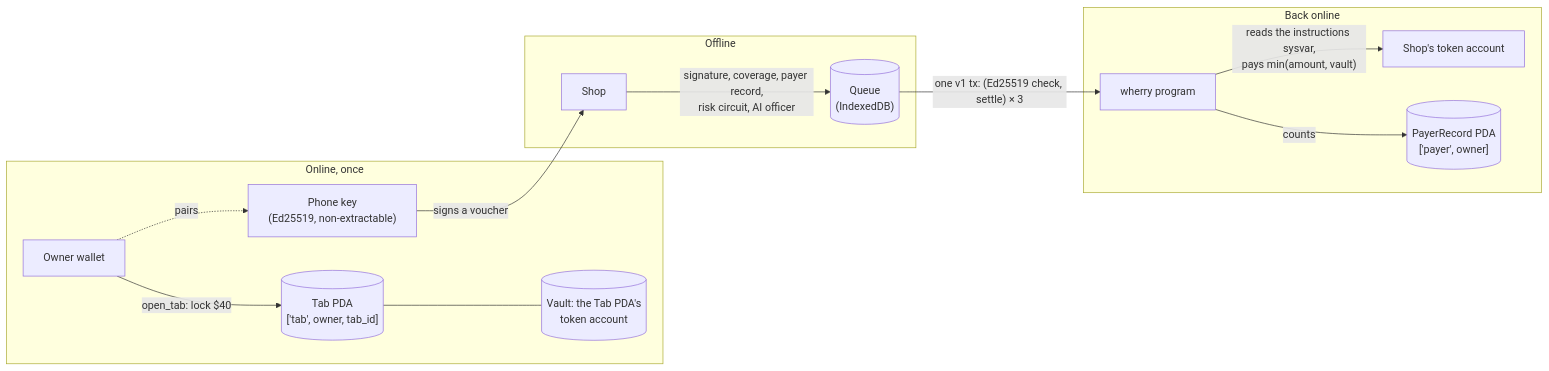
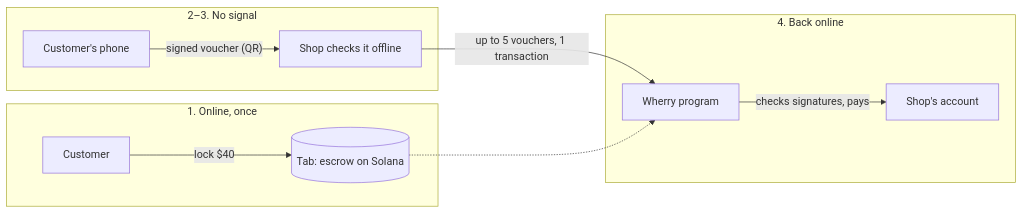
The diagram in README.md (Hotragn/wherry), drawn with Mermaid before and after one commit. The commit also changed other lines of this file, not shown here.

````diff
--- a/README.md
+++ b/README.md
@@ -19,17 +26,14 @@
 ```mermaid
 flowchart LR
-  subgraph online["Online, once"]
-    O["Owner wallet"] -- "open_tab: lock $40" --> T[("Tab PDA<br/>['tab', owner, tab_id]")]
-    T --- V[("Vault: the Tab PDA's<br/>token account")]
-    O -. "pairs" .-> P["Phone key<br/>(Ed25519, non-extractable)"]
+  subgraph online["1. Online, once"]
+    O["Customer"] -- "lock $40" --> T[("Tab: escrow on Solana")]
   end
-  subgraph offline["Offline"]
-    P -- "signs a voucher" --> S["Shop"]
-    S -- "signature, coverage, payer record,<br/>risk circuit, AI officer" --> Q[("Queue<br/>(IndexedDB)")]
+  subgraph offline["2–3. No signal"]
+    P["Customer's phone"] -- "signed voucher (QR)" --> S["Shop checks it offline"]
   end
-  subgraph back["Back online"]
-    Q -- "one v1 tx: (Ed25519 check, settle) × 3" --> W["wherry program"]
-    W -- "reads the instructions sysvar,<br/>pays min(amount, vault)" --> M["Shop's token account"]
-    W -- "counts" --> R[("PayerRecord PDA<br/>['payer', owner]")]
+  subgraph back["4. Back online"]
+    S -- "up to 5 vouchers, 1 transaction" --> W["Wherry program"]
+    W -- "checks signatures, pays" --> M["Shop's account"]
+    T -.-> W
   end
 ```
````
